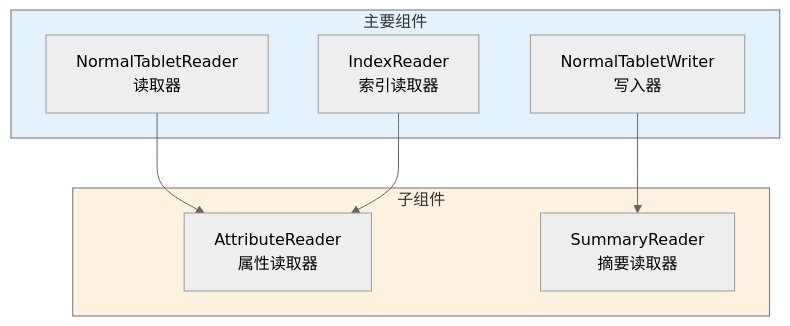
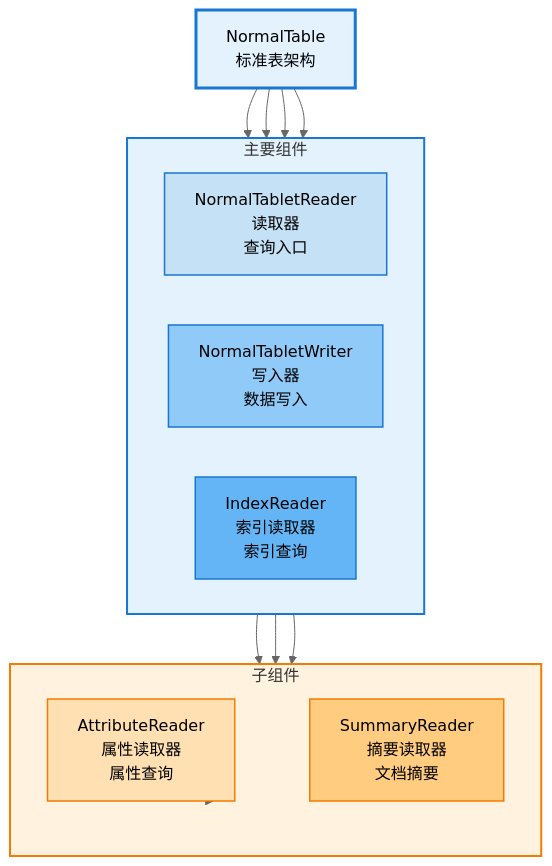
Before and after one commit to zhouzhilong-commits/zhouzhilong-commits.github.io: the fifth of 28 diagrams in _posts/2025-07-14-indexlib-8-index-types.md, drawn with Mermaid (neutral theme). The commit also changed other lines of this file and 6 other files, not shown here.

````diff
--- a/_posts/2025-07-14-indexlib-8-index-types.md
+++ b/_posts/2025-07-14-indexlib-8-index-types.md
@@ -272,20 +289,37 @@
 ```mermaid
 flowchart TD
+    NormalTable[NormalTable<br/>标准表架构] --> Main
+    
     subgraph Main["主要组件"]
-        A["NormalTabletReader<br/>读取器"]
-        B["NormalTabletWriter<br/>写入器"]
-        C["IndexReader<br/>索引读取器"]
+        direction LR
+        A[NormalTabletReader<br/>读取器<br/>查询入口]
+        B[NormalTabletWriter<br/>写入器<br/>数据写入]
+        C[IndexReader<br/>索引读取器<br/>索引查询]
     end
     
+    NormalTable --> A
+    NormalTable --> B
+    NormalTable --> C
+    
+    A --> Sub1
+    B --> Sub2
+    C --> Sub1
+    
     subgraph Sub["子组件"]
-        D["AttributeReader<br/>属性读取器"]
-        E["SummaryReader<br/>摘要读取器"]
+        direction LR
+        Sub1[AttributeReader<br/>属性读取器<br/>属性查询]
+        Sub2[SummaryReader<br/>摘要读取器<br/>文档摘要]
     end
     
-    A --> D
-    B --> E
-    C --> D
+    Sub --> Sub1
+    Sub --> Sub2
     
-    style Main fill:#e3f2fd
-    style Sub fill:#fff3e0
+    style NormalTable fill:#e3f2fd,stroke:#1976d2,stroke-width:3px
+    style Main fill:#e3f2fd,stroke:#1976d2,stroke-width:2px
+    style A fill:#c5e1f5,stroke:#1976d2,stroke-width:1.5px
+    style B fill:#90caf9,stroke:#1976d2,stroke-width:1.5px
+    style C fill:#64b5f6,stroke:#1976d2,stroke-width:1.5px
+    style Sub fill:#fff3e0,stroke:#f57c00,stroke-width:2px
+    style Sub1 fill:#ffe0b2,stroke:#f57c00,stroke-width:1.5px
+    style Sub2 fill:#ffcc80,stroke:#f57c00,stroke-width:1.5px
 ```
````
